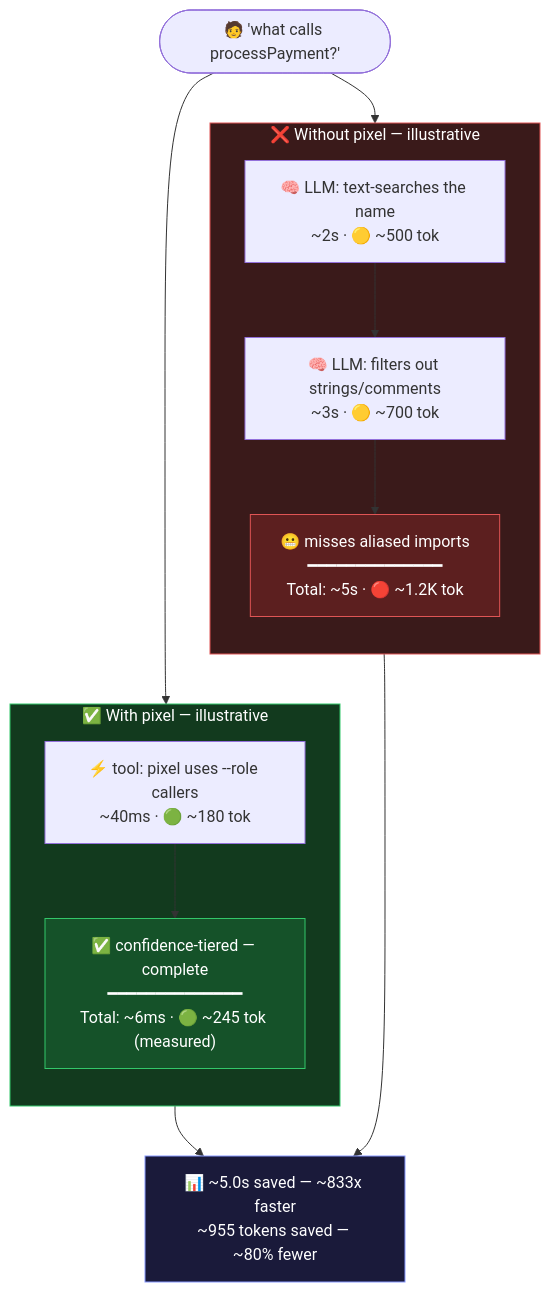
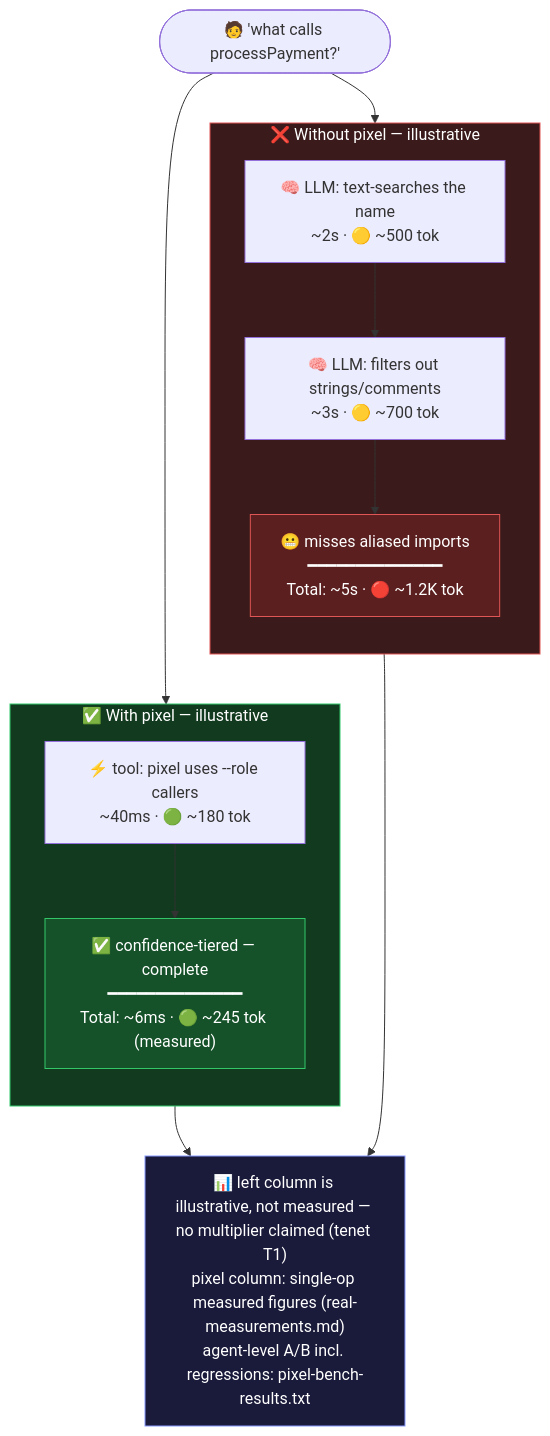
The diagram in docs/examples/07-uses-callers.mmd (Pixel-CLI/pixel), drawn with Mermaid before and after one commit. The commit also changed 57 other files, not shown here.

```diff
--- a/docs/examples/07-uses-callers.mmd
+++ b/docs/examples/07-uses-callers.mmd
@@ -1,29 +1,29 @@
 flowchart TD
     Ask(["🧑 'what calls processPayment?'"])
     Ask --> w1
     Ask --> p1
     w1 ~~~ p1
 
     subgraph W ["❌ Without pixel — illustrative"]
         direction TB
         w1["🧠 LLM: text-searches the name<br/>~2s · 🟡 ~500 tok"] --> w2
         w2["🧠 LLM: filters out strings/comments<br/>~3s · 🟡 ~700 tok"]
         w2 --> w5["😬 misses aliased imports<br/>━━━━━━━━━━━━━━<br/>Total: ~5s · 🔴 ~1.2K tok"]
     end
 
     subgraph P ["✅ With pixel — illustrative"]
         direction TB
         p1["⚡ tool: pixel uses --role callers<br/>~40ms · 🟢 ~180 tok"]
         p1 --> p3["✅ confidence-tiered — complete<br/>━━━━━━━━━━━━━━<br/>Total: ~6ms · 🟢 ~245 tok (measured)"]
     end
 
     w5 --> Recap
     p3 --> Recap
-    Recap["📊 ~5.0s saved — ~833x faster<br/>~955 tokens saved — ~80% fewer"]
+    Recap["📊 left column is illustrative, not measured — no multiplier claimed (tenet T1)<br/>pixel column: single-op measured figures (real-measurements.md)<br/>agent-level A/B incl. regressions: pixel-bench-results.txt"]
 
     style W fill:#3a1a1a,stroke:#e05555,color:#fff
     style P fill:#123a1e,stroke:#33c76a,color:#fff
     style w5 fill:#5c1f1f,stroke:#e05555,color:#fff
     style p3 fill:#155229,stroke:#33c76a,color:#fff
     style Recap fill:#1a1a3a,stroke:#8899ff,color:#fff
     linkStyle 2 stroke-width:0px
```
